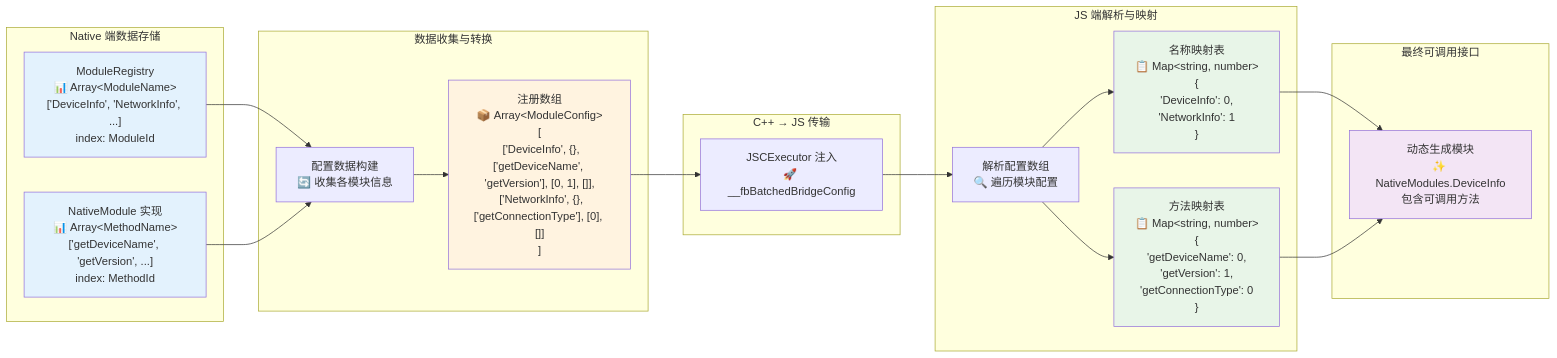
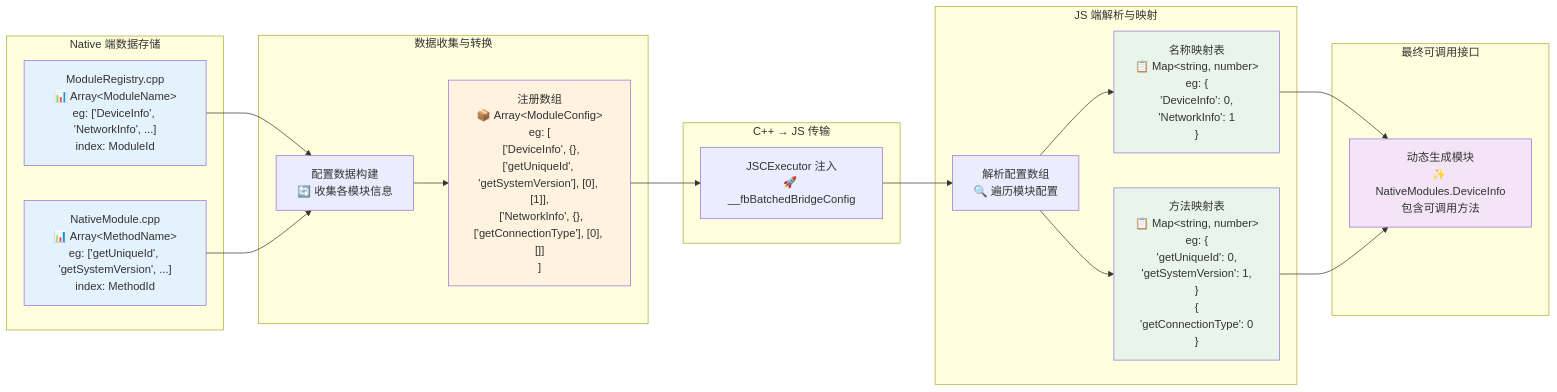
Before and after one commit to zerosrat/blog-nextjs-nano: the diagram in app/n/2025/mini-rn-1/module-registration-flow.md, drawn with Mermaid. The commit also changed 4 other files, not shown here.

Commit message:
feat: enhance module registration documentation with updated flow diagrams and examples

````diff
--- a/app/n/2025/mini-rn-1/module-registration-flow.md
+++ b/app/n/2025/mini-rn-1/module-registration-flow.md
@@ -5,43 +5,43 @@
 ```mermaid
 flowchart LR
     subgraph "Native 端数据存储"
-        A["ModuleRegistry<br/>📊 Array&lt;ModuleName&gt;<br/>['DeviceInfo', 'NetworkInfo', ...]<br/>index: ModuleId"]
-        B["NativeModule 实现<br/>📊 Array&lt;MethodName&gt;<br/>['getDeviceName', 'getVersion', ...]<br/>index: MethodId"]
+        A["ModuleRegistry.cpp<br/>📊 Array&lt;ModuleName&gt;<br/>eg: ['DeviceInfo', 'NetworkInfo', ...]<br/>index: ModuleId"]
+        B["NativeModule.cpp<br/>📊 Array&lt;MethodName&gt;<br/>eg: ['getUniqueId', 'getSystemVersion', ...]<br/>index: MethodId"]
     end
 
     subgraph "数据收集与转换"
         C["配置数据构建<br/>🔄 收集各模块信息"]
-        D["注册数组<br/>📦 Array&lt;ModuleConfig&gt;<br/>[<br/>  ['DeviceInfo', {}, ['getDeviceName', 'getVersion'], [0, 1], []],<br/>  ['NetworkInfo', {}, ['getConnectionType'], [0], []]<br/>]"]
+        D["注册数组<br/>📦 Array&lt;ModuleConfig&gt;<br/>eg: [<br/>  ['DeviceInfo', {}, ['getUniqueId', 'getSystemVersion'], [0], [1]],<br/>  ['NetworkInfo', {}, ['getConnectionType'], [0], []]<br/>]"]
     end
 
     subgraph "C++ → JS 传输"
         E["JSCExecutor 注入<br/>🚀 __fbBatchedBridgeConfig"]
     end
 
     subgraph "JS 端解析与映射"
         F["解析配置数组<br/>🔍 遍历模块配置"]
-        G["名称映射表<br/>📋 Map&lt;string, number&gt;<br/>{<br/>  'DeviceInfo': 0,<br/>  'NetworkInfo': 1<br/>}"]
-        H["方法映射表<br/>📋 Map&lt;string, number&gt;<br/>{<br/>  'getDeviceName': 0,<br/>  'getVersion': 1,<br/>  'getConnectionType': 0<br/>}"]
+        G["名称映射表<br/>📋 Map&lt;string, number&gt;<br/>eg: {<br/>  'DeviceInfo': 0,<br/>  'NetworkInfo': 1<br/>}"]
+        H["方法映射表<br/>📋 Map&lt;string, number&gt;<br/>eg: {<br/>  'getUniqueId': 0,<br/>  'getSystemVersion': 1,<br/>}<br />{<br/>  'getConnectionType': 0<br/>}"]
     end
 
     subgraph "最终可调用接口"
         I["动态生成模块<br/>✨ NativeModules.DeviceInfo<br/>包含可调用方法"]
     end
 
     A --> C
     B --> C
     C --> D
     D --> E
     E --> F
     F --> G
     F --> H
     G --> I
     H --> I
 
     style A fill:#e3f2fd
     style B fill:#e3f2fd
     style D fill:#fff3e0
     style G fill:#e8f5e8
     style H fill:#e8f5e8
     style I fill:#f3e5f5
 ```
````
